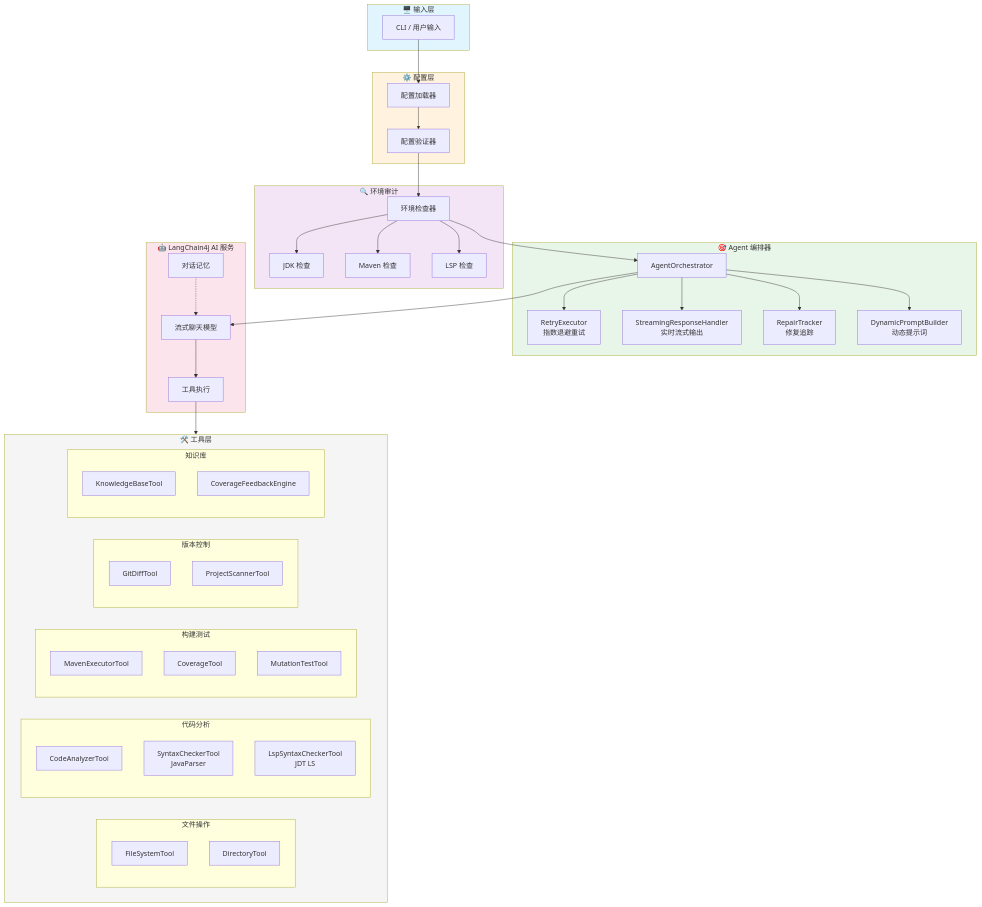
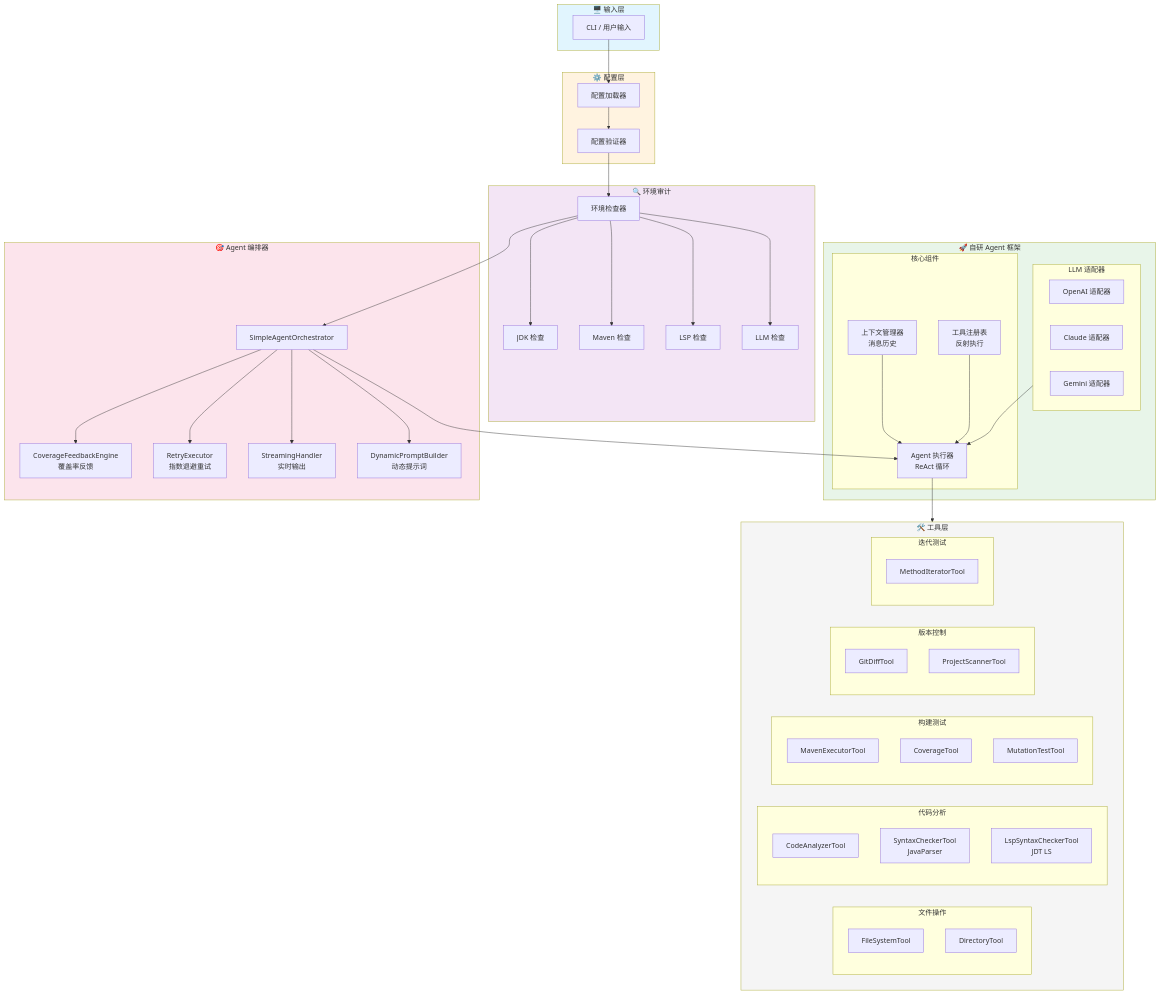
One commit to codelogickeep/unit-test-agent-4j changed the diagram in README_zh.md. Above: the diagram before and after it, drawn with Mermaid. The commit also changed other lines of this file and 3 other files, not shown here.

````diff
--- a/README_zh.md
+++ b/README_zh.md
@@ -751,22 +810,33 @@
         JDK[JDK 检查]
         MVN[Maven 检查]
         LSP[LSP 检查]
-        EA --> JDK & MVN & LSP
+        LLM[LLM 检查]
+        EA --> JDK & MVN & LSP & LLM
+    end
+
+    subgraph Framework["🚀 自研 Agent 框架"]
+        subgraph Adapters["LLM 适配器"]
+            OAI[OpenAI 适配器]
+            CLA[Claude 适配器]
+            GEM[Gemini 适配器]
+        end
+        subgraph Core["核心组件"]
+            CTX[上下文管理器<br/>消息历史]
+            REG[工具注册表<br/>反射执行]
+            EXE[Agent 执行器<br/>ReAct 循环]
+        end
+        Adapters --> EXE
+        CTX --> EXE
+        REG --> EXE
     end
 
     subgraph Orchestrator["🎯 Agent 编排器"]
-        AO[AgentOrchestrator]
+        SAO[SimpleAgentOrchestrator]
+        CFE[CoverageFeedbackEngine<br/>覆盖率反馈]
         RE[RetryExecutor<br/>指数退避重试]
-        SRH[StreamingResponseHandler<br/>实时流式输出]
-        RT[RepairTracker<br/>修复追踪]
+        SH[StreamingHandler<br/>实时输出]
         DPB[DynamicPromptBuilder<br/>动态提示词]
-        AO --> RE & SRH & RT & DPB
-    end
-
-    subgraph AI["🤖 LangChain4j AI 服务"]
-        SCM[流式聊天模型]
-        TE[工具执行]
-        MEM[对话记忆]
+        SAO --> CFE & RE & SH & DPB
     end
 
     subgraph Tools["🛠️ 工具层"]
@@ -788,24 +858,21 @@
             GIT[GitDiffTool]
             PS[ProjectScannerTool]
         end
-        subgraph KBTools["知识库"]
-            KB[KnowledgeBaseTool]
-            CFE[CoverageFeedbackEngine]
+        subgraph IterTools["迭代测试"]
+            MIT[MethodIteratorTool]
         end
     end
 
     CLI --> CL
     CV --> EA
-    EA --> AO
-    AO --> SCM
-    SCM --> TE
-    TE --> Tools
-    MEM -.-> SCM
+    EA --> SAO
+    SAO --> EXE
+    EXE --> Tools
 
     style Input fill:#e1f5fe
     style Config fill:#fff3e0
     style Audit fill:#f3e5f5
-    style Orchestrator fill:#e8f5e9
-    style AI fill:#fce4ec
+    style Framework fill:#e8f5e9
+    style Orchestrator fill:#fce4ec
     style Tools fill:#f5f5f5
 ```
````
